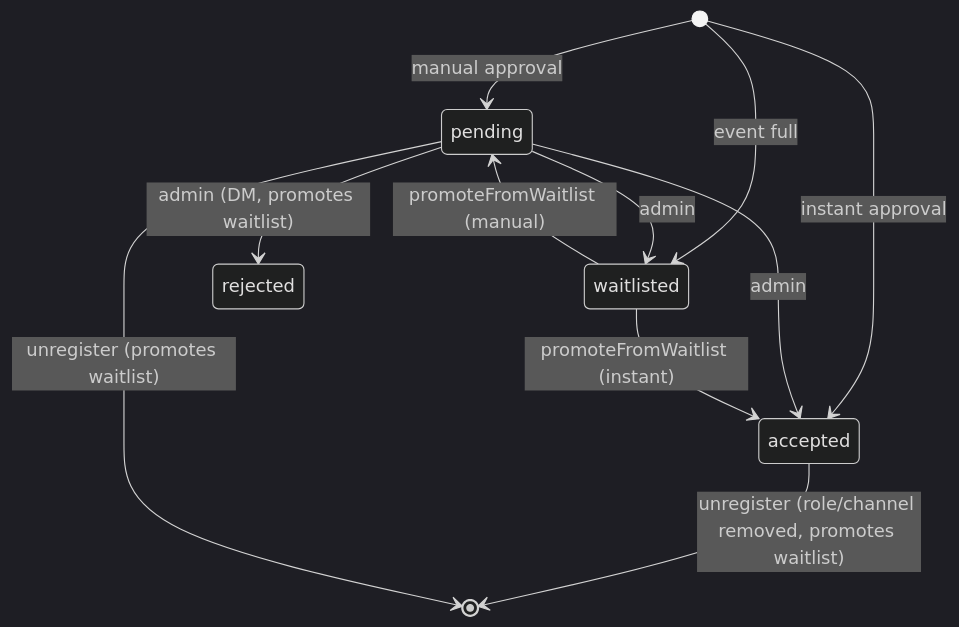
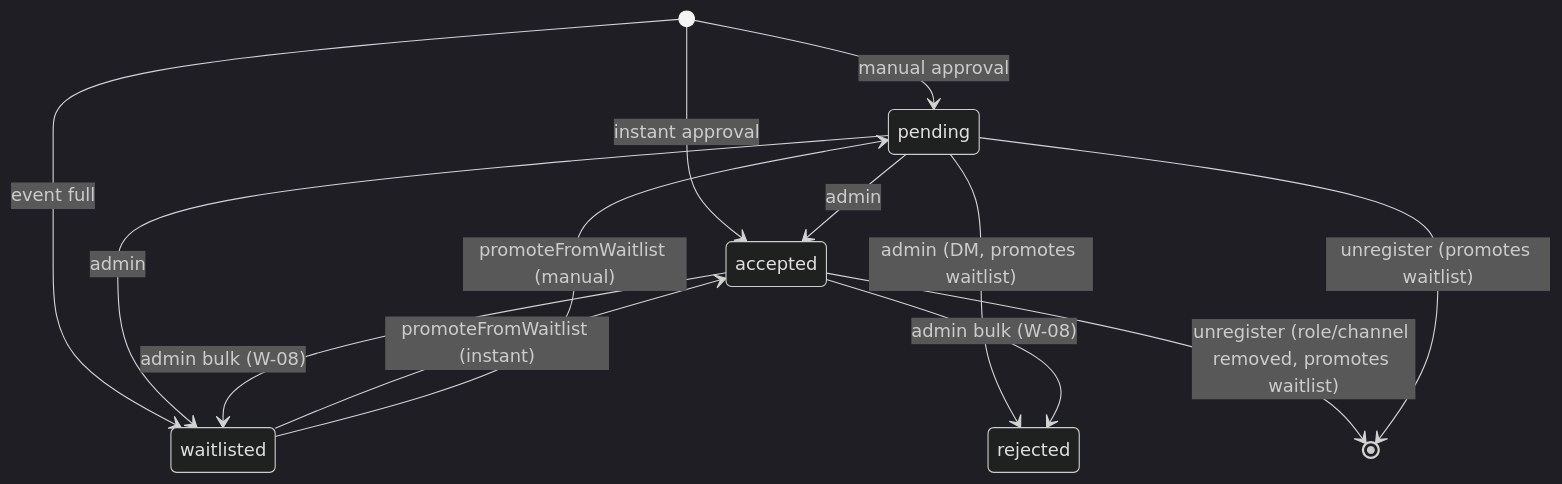
Before and after one commit to VibeGenZero/DEMS: the diagram in docs/wiki/concepts/registration-flow.md, drawn with Mermaid (dark theme). The commit also changed other lines of this file and 20 other files, not shown here.

````diff
--- a/docs/wiki/concepts/registration-flow.md
+++ b/docs/wiki/concepts/registration-flow.md
@@ -37,13 +37,15 @@
 ```mermaid
 stateDiagram-v2
   [*] --> pending: manual approval
   [*] --> accepted: instant approval
   [*] --> waitlisted: event full
   pending --> accepted: admin
   pending --> rejected: admin (DM, promotes waitlist)
   pending --> waitlisted: admin
+  accepted --> waitlisted: admin bulk (W-08)
+  accepted --> rejected: admin bulk (W-08)
   waitlisted --> accepted: promoteFromWaitlist (instant)
   waitlisted --> pending: promoteFromWaitlist (manual)
   accepted --> [*]: unregister (role/channel removed, promotes waitlist)
   pending --> [*]: unregister (promotes waitlist)
 ```
````
